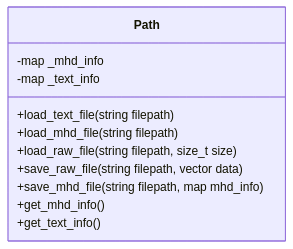
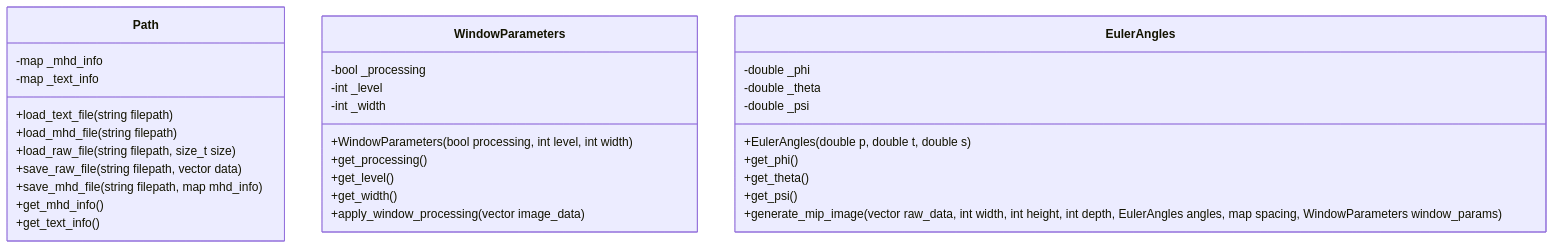
The diagram in readme.md (hayashichiho/SkillSemi), drawn with Mermaid before and after one commit.

Commit message:
[fix]クラス図を修正

````diff
--- a/readme.md
+++ b/readme.md
@@ -55,14 +64,36 @@
 ```mermaid
 classDiagram
     class Path {
         -map<string, string> _mhd_info
         -map<string, string> _text_info
         +load_text_file(string filepath)
         +load_mhd_file(string filepath)
         +load_raw_file(string filepath, size_t size)
         +save_raw_file(string filepath, vector<uchar> data)
         +save_mhd_file(string filepath, map<string,string> mhd_info)
         +get_mhd_info()
         +get_text_info()
     }
+
+    class WindowParameters {
+        -bool _processing
+        -int _level
+        -int _width
+        +WindowParameters(bool processing, int level, int width)
+        +get_processing()
+        +get_level()
+        +get_width()
+        +apply_window_processing(vector<uchar> image_data)
+    }
+
+    class EulerAngles {
+        -double _phi
+        -double _theta
+        -double _psi
+        +EulerAngles(double p, double t, double s)
+        +get_phi()
+        +get_theta()
+        +get_psi()
+        +generate_mip_image(vector<uchar> raw_data, int width, int height, int depth, EulerAngles angles, map<string,double> spacing, WindowParameters window_params)
+    }
 ```
````
